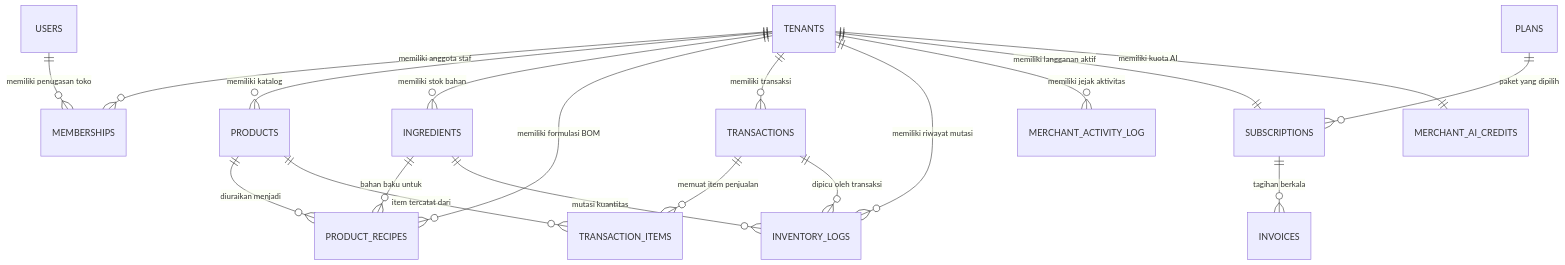
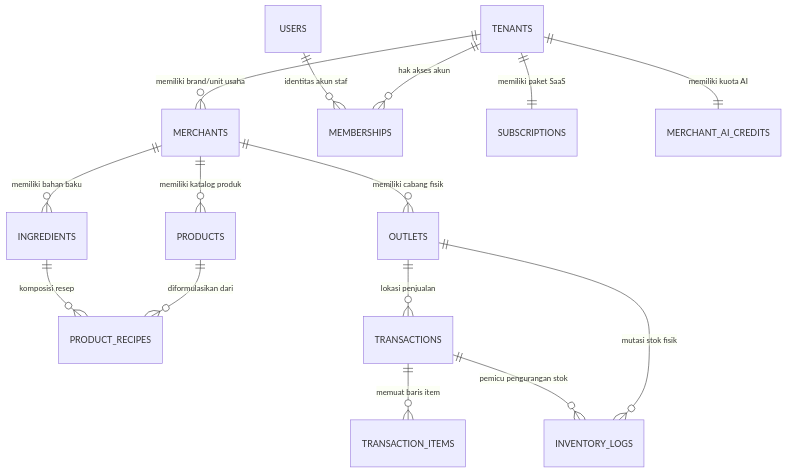
Before and after one commit to slaks37/kasir-newhope: the first of 3 diagrams in Dokumentasi.md, drawn with Mermaid. The commit also changed other lines of this file and 3 other files, not shown here.

Commit message:
feat(hierarchy): implement Model B enterprise hierarchy (Tenant -> Merchant -> Outlet) with multi-unit RBAC and cross-domain contract views

````diff
--- a/Dokumentasi.md
+++ b/Dokumentasi.md
@@ -80,22 +113,19 @@
 ```mermaid
 erDiagram
-    TENANTS ||--o{ MEMBERSHIPS : "memiliki anggota staf"
-    USERS ||--o{ MEMBERSHIPS : "memiliki penugasan toko"
-    TENANTS ||--o{ PRODUCTS : "memiliki katalog"
-    TENANTS ||--o{ INGREDIENTS : "memiliki stok bahan"
-    TENANTS ||--o{ PRODUCT_RECIPES : "memiliki formulasi BOM"
-    TENANTS ||--o{ TRANSACTIONS : "memiliki transaksi"
-    TENANTS ||--o{ INVENTORY_LOGS : "memiliki riwayat mutasi"
-    TENANTS ||--o{ MERCHANT_ACTIVITY_LOG : "memiliki jejak aktivitas"
-    TENANTS ||--|| SUBSCRIPTIONS : "memiliki langganan aktif"
+    TENANTS ||--o{ MERCHANTS : "memiliki brand/unit usaha"
+    MERCHANTS ||--o{ OUTLETS : "memiliki cabang fisik"
+    TENANTS ||--o{ MEMBERSHIPS : "hak akses akun"
+    USERS ||--o{ MEMBERSHIPS : "identitas akun staf"
+    TENANTS ||--|| SUBSCRIPTIONS : "memiliki paket SaaS"
     TENANTS ||--|| MERCHANT_AI_CREDITS : "memiliki kuota AI"
 
-    PRODUCTS ||--o{ PRODUCT_RECIPES : "diuraikan menjadi"
-    INGREDIENTS ||--o{ PRODUCT_RECIPES : "bahan baku untuk"
-    TRANSACTIONS ||--o{ TRANSACTION_ITEMS : "memuat item penjualan"
-    PRODUCTS ||--o{ TRANSACTION_ITEMS : "item tercatat dari"
-    INGREDIENTS ||--o{ INVENTORY_LOGS : "mutasi kuantitas"
-    TRANSACTIONS ||--o{ INVENTORY_LOGS : "dipicu oleh transaksi"
-    PLANS ||--o{ SUBSCRIPTIONS : "paket yang dipilih"
-    SUBSCRIPTIONS ||--o{ INVOICES : "tagihan berkala"
+    MERCHANTS ||--o{ PRODUCTS : "memiliki katalog produk"
+    MERCHANTS ||--o{ INGREDIENTS : "memiliki bahan baku"
+    PRODUCTS ||--o{ PRODUCT_RECIPES : "diformulasikan dari"
+    INGREDIENTS ||--o{ PRODUCT_RECIPES : "komposisi resep"
+
+    OUTLETS ||--o{ TRANSACTIONS : "lokasi penjualan"
+    TRANSACTIONS ||--o{ TRANSACTION_ITEMS : "memuat baris item"
+    OUTLETS ||--o{ INVENTORY_LOGS : "mutasi stok fisik"
+    TRANSACTIONS ||--o{ INVENTORY_LOGS : "pemicu pengurangan stok"
 ```
````
